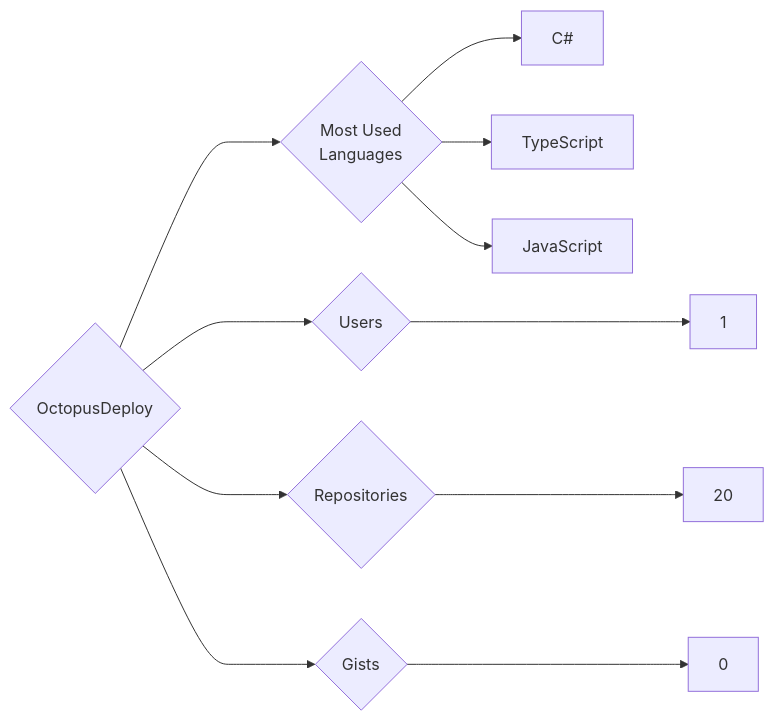
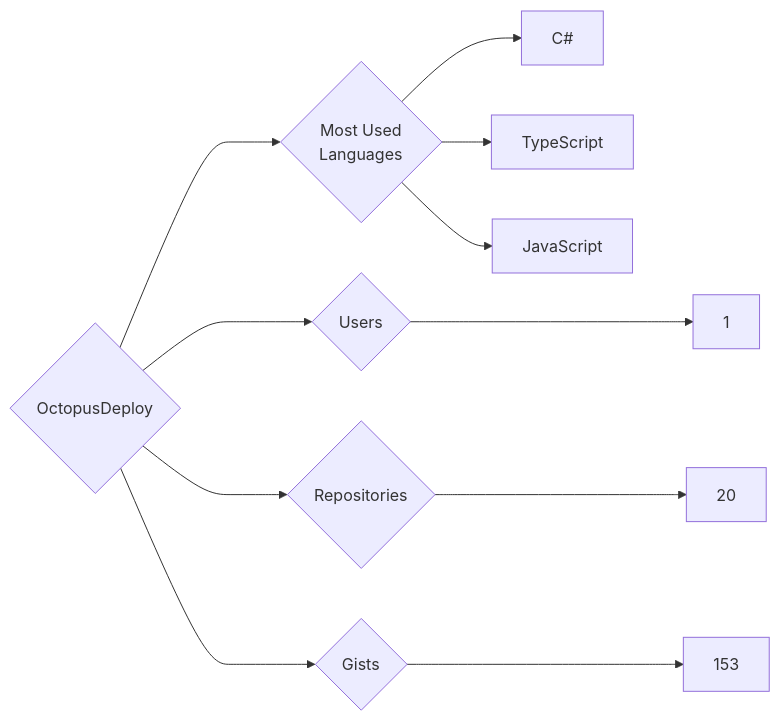
One commit to trickest/insiders changed the diagram in targets/OctopusDeploy/README.md. Above: the diagram before and after it, drawn with Mermaid. The commit also changed 997 other files, not shown here.

````diff
--- a/targets/OctopusDeploy/README.md
+++ b/targets/OctopusDeploy/README.md
@@ -3,11 +3,11 @@
 ```mermaid
 graph LR
 COMPANY_NAME{OctopusDeploy}
 COMPANY_NAME ---> U{Users} ---> UN[1]
 COMPANY_NAME ---> R{Repositories} ---> RN[20]
-COMPANY_NAME ---> G{Gists} ---> GN[0]
+COMPANY_NAME ---> G{Gists} ---> GN[153]
 COMPANY_NAME ---> ML{Most Used<br>Languages}
-ML --> C#
-ML --> TypeScript
-ML --> JavaScript
+ML --> C#[C#]
+ML --> TypeScript[TypeScript]
+ML --> JavaScript[JavaScript]
 ```
````
